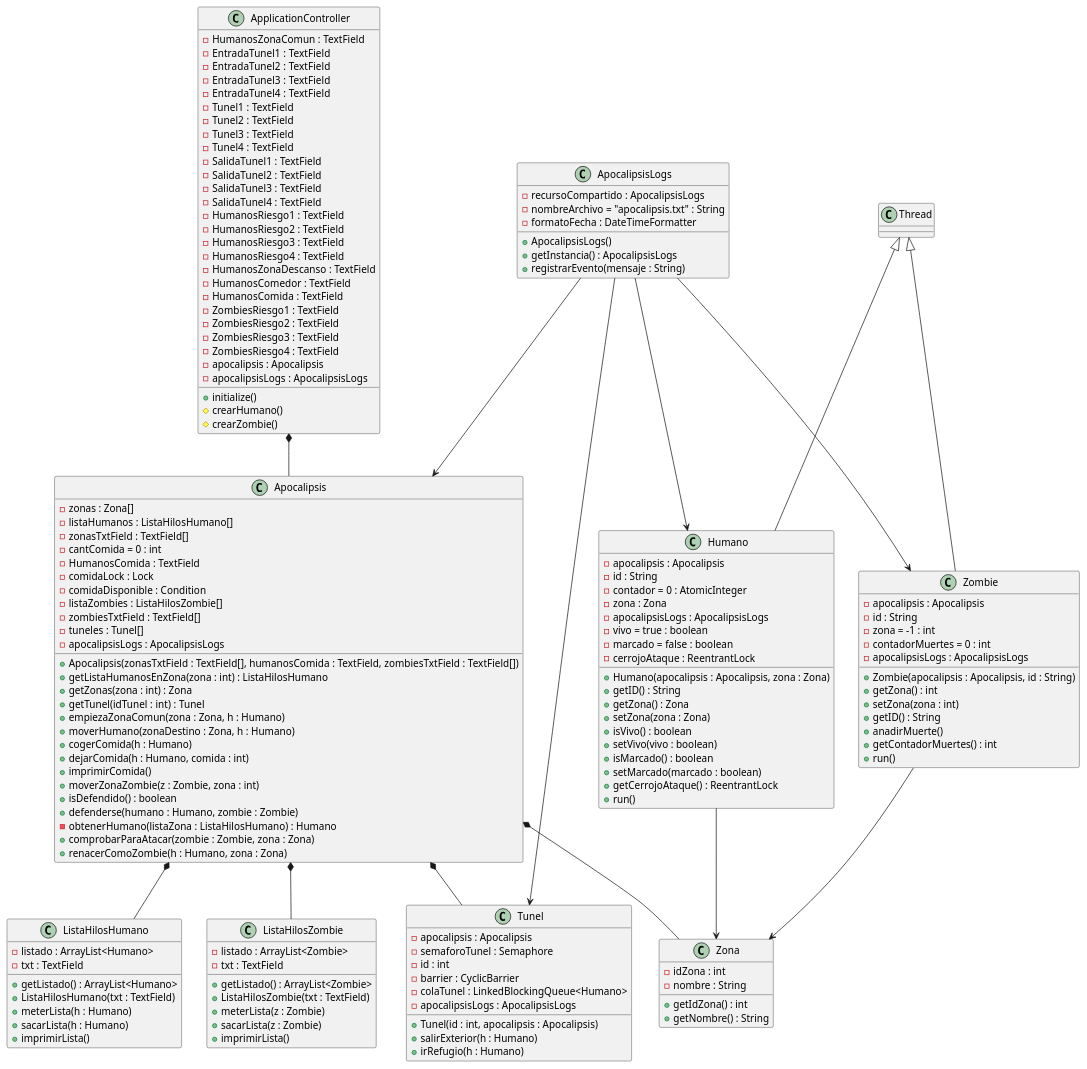
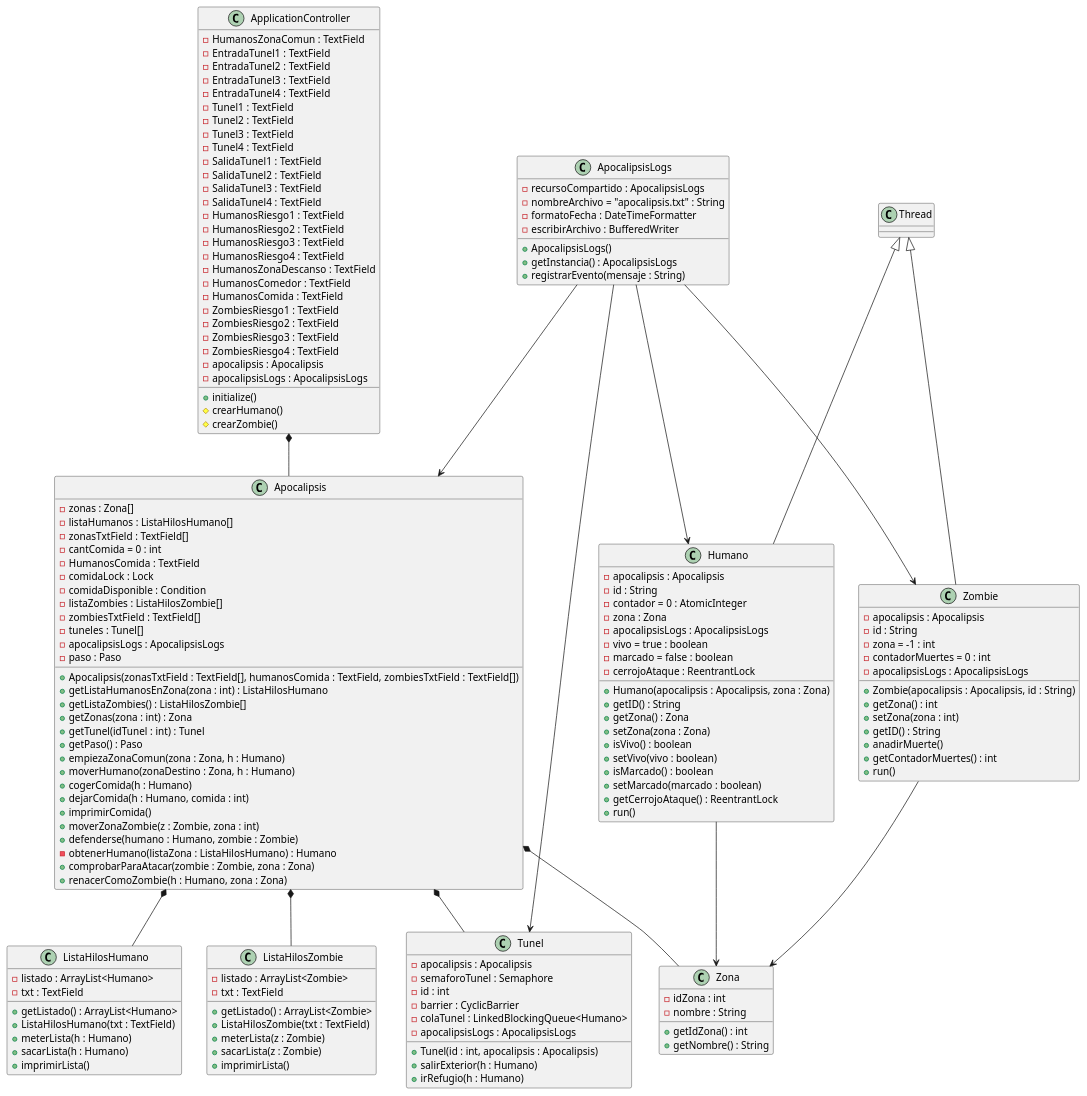
The diagram in DiagramaDeClasesParte1.puml (candelasanzm/PECL_CandelaSanz_Maria), drawn with PlantUML before and after one commit. The commit also changed 9 other files, not shown here.

Commit message:
diagramas

```diff
--- a/DiagramaDeClasesParte1.puml
+++ b/DiagramaDeClasesParte1.puml
@@ -1,173 +1,176 @@
 @startuml
 'https://plantuml.com/class-diagram
 
 class Apocalipsis
 class ApocalipsisLogs
 class ApplicationController
 class Humano
 class ListaHilosHumano
 class ListaHilosZombie
 class Tunel
 class Zombie
 class Zona
 
 class Zona{
 -idZona : int
 -nombre : String
 +getIdZona() : int
 +getNombre() : String
 }
 
 class ListaHilosHumano{
 -listado : ArrayList<Humano>
 -txt : TextField
 +getListado() : ArrayList<Humano>
 +ListaHilosHumano(txt : TextField)
 +meterLista(h : Humano)
 +sacarLista(h : Humano)
 +imprimirLista()
 }
 
 class ListaHilosZombie{
 -listado : ArrayList<Zombie>
 -txt : TextField
 +getListado() : ArrayList<Zombie>
 +ListaHilosZombie(txt : TextField)
 +meterLista(z : Zombie)
 +sacarLista(z : Zombie)
 +imprimirLista()
 }
 
 class Tunel{
 -apocalipsis : Apocalipsis
 -semaforoTunel : Semaphore
 -id : int
 -barrier : CyclicBarrier
 -colaTunel : LinkedBlockingQueue<Humano>
 -apocalipsisLogs : ApocalipsisLogs
 +Tunel(id : int, apocalipsis : Apocalipsis)
 +salirExterior(h : Humano)
 +irRefugio(h : Humano)
 }
 
 class Apocalipsis{
 -zonas : Zona[]
 -listaHumanos : ListaHilosHumano[]
 -zonasTxtField : TextField[]
 -cantComida = 0 : int
 -HumanosComida : TextField
 -comidaLock : Lock
 -comidaDisponible : Condition
 -listaZombies : ListaHilosZombie[]
 -zombiesTxtField : TextField[]
 -tuneles : Tunel[]
 -apocalipsisLogs : ApocalipsisLogs
+-paso : Paso
 
 +Apocalipsis(zonasTxtField : TextField[], humanosComida : TextField, zombiesTxtField : TextField[])
 +getListaHumanosEnZona(zona : int) : ListaHilosHumano
++getListaZombies() : ListaHilosZombie[]
 +getZonas(zona : int) : Zona
 +getTunel(idTunel : int) : Tunel
++getPaso() : Paso
 +empiezaZonaComun(zona : Zona, h : Humano)
 +moverHumano(zonaDestino : Zona, h : Humano)
 +cogerComida(h : Humano)
 +dejarComida(h : Humano, comida : int)
 +imprimirComida()
 +moverZonaZombie(z : Zombie, zona : int)
-+isDefendido() : boolean
 +defenderse(humano : Humano, zombie : Zombie)
 -obtenerHumano(listaZona : ListaHilosHumano) : Humano
 +comprobarParaAtacar(zombie : Zombie, zona : Zona)
 +renacerComoZombie(h : Humano, zona : Zona)
 }
 
 class Humano extends Thread {
 -apocalipsis : Apocalipsis
 -id : String
 -contador = 0 : AtomicInteger
 -zona : Zona
 -apocalipsisLogs : ApocalipsisLogs
 -vivo = true : boolean
 -marcado = false : boolean
 -cerrojoAtaque : ReentrantLock
 +Humano(apocalipsis : Apocalipsis, zona : Zona)
 +getID() : String
 +getZona() : Zona
 +setZona(zona : Zona)
 +isVivo() : boolean
 +setVivo(vivo : boolean)
 +isMarcado() : boolean
 +setMarcado(marcado : boolean)
 +getCerrojoAtaque() : ReentrantLock
 +run()
 }
 
 class Zombie extends Thread{
 -apocalipsis : Apocalipsis
 -id : String
 -zona = -1 : int
 -contadorMuertes = 0 : int
 -apocalipsisLogs : ApocalipsisLogs
 +Zombie(apocalipsis : Apocalipsis, id : String)
 +getZona() : int
 +setZona(zona : int)
 +getID() : String
 +anadirMuerte()
 +getContadorMuertes() : int
 +run()
 }
 
 class ApocalipsisLogs{
 -recursoCompartido : ApocalipsisLogs
 -nombreArchivo = "apocalipsis.txt" : String
 -formatoFecha : DateTimeFormatter
+-escribirArchivo : BufferedWriter
 +ApocalipsisLogs()
 +getInstancia() : ApocalipsisLogs
 +registrarEvento(mensaje : String)
 }
 
 class ApplicationController{
 -HumanosZonaComun : TextField
 -EntradaTunel1 : TextField
 -EntradaTunel2 : TextField
 -EntradaTunel3 : TextField
 -EntradaTunel4 : TextField
 -Tunel1 : TextField
 -Tunel2 : TextField
 -Tunel3 : TextField
 -Tunel4 : TextField
 -SalidaTunel1 : TextField
 -SalidaTunel2 : TextField
 -SalidaTunel3 : TextField
 -SalidaTunel4 : TextField
 -HumanosRiesgo1 : TextField
 -HumanosRiesgo2 : TextField
 -HumanosRiesgo3 : TextField
 -HumanosRiesgo4 : TextField
 -HumanosZonaDescanso : TextField
 -HumanosComedor : TextField
 -HumanosComida : TextField
 -ZombiesRiesgo1 : TextField
 -ZombiesRiesgo2 : TextField
 -ZombiesRiesgo3 : TextField
 -ZombiesRiesgo4 : TextField
 -apocalipsis : Apocalipsis
 -apocalipsisLogs : ApocalipsisLogs
 +initialize()
 #crearHumano()
 #crearZombie()
 }
 
 Apocalipsis *-- Zona
 Apocalipsis *-- ListaHilosHumano
 Apocalipsis *-- ListaHilosZombie
 Apocalipsis *-- Tunel
 Humano --> Zona
 Zombie --> Zona
 ApplicationController *-- Apocalipsis
 ApocalipsisLogs --> Apocalipsis
 ApocalipsisLogs --> Humano
 ApocalipsisLogs --> Zombie
 ApocalipsisLogs --> Tunel
 
 
 @enduml
```
